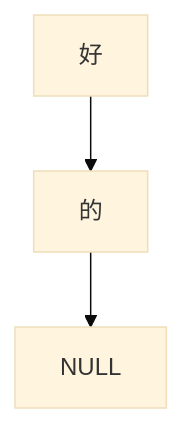
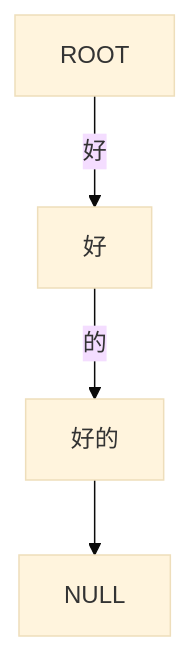
Before and after one commit to TeraWattHour/datastructures: the diagram in prefix_tree/README.md, drawn with Mermaid (base theme).

Commit message:
docs(prefix_tree): better graph

````diff
--- a/prefix_tree/README.md
+++ b/prefix_tree/README.md
@@ -5,5 +5,6 @@
 ```mermaid
 graph TD;
-    好-->的;
-    的-->NULL;
+    ROOT-- 好 -->好;
+    好-- 的 -->好的;
+    好的-->NULL
 ```
````
